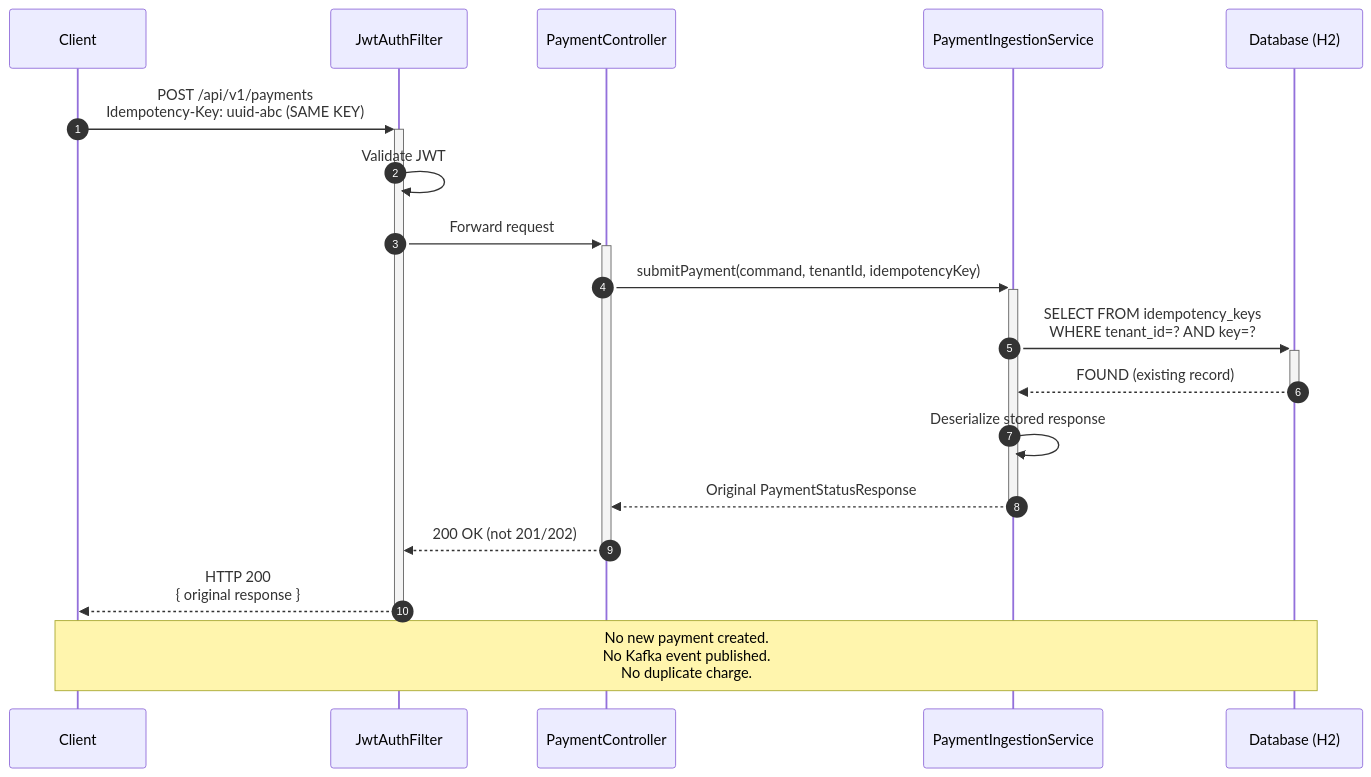
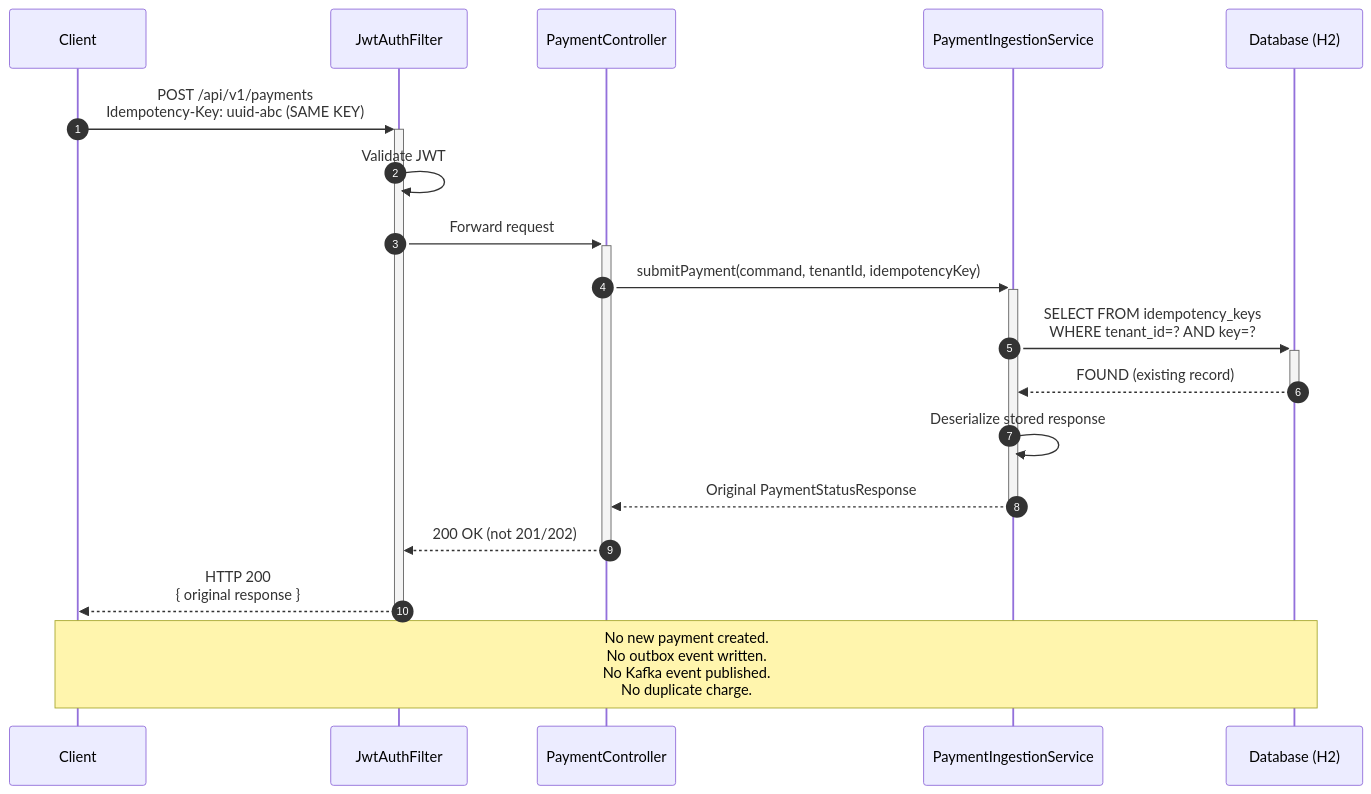
One commit to ltadiko/PaymentGateway changed the second of 8 diagrams in docs/diagrams/sequence-diagrams.md. Above: the diagram before and after it, drawn with Mermaid. The commit also changed other lines of this file and 1 other file, not shown here.

````diff
--- a/docs/diagrams/sequence-diagrams.md
+++ b/docs/diagrams/sequence-diagrams.md
@@ -56,28 +72,28 @@
 ```mermaid
 sequenceDiagram
     autonumber
     participant C as Client
     participant F as JwtAuthFilter
     participant R as PaymentController
     participant S as PaymentIngestionService
     participant DB as Database (H2)
 
     C->>+F: POST /api/v1/payments<br/>Idempotency-Key: uuid-abc (SAME KEY)
 
     F->>F: Validate JWT
     F->>+R: Forward request
 
     R->>+S: submitPayment(command, tenantId, idempotencyKey)
 
     S->>+DB: SELECT FROM idempotency_keys<br/>WHERE tenant_id=? AND key=?
     DB-->>-S: FOUND (existing record)
 
     S->>S: Deserialize stored response
 
     S-->>-R: Original PaymentStatusResponse
 
     R-->>-F: 200 OK (not 201/202)
     F-->>-C: HTTP 200<br/>{ original response }
 
-    Note over C,DB: No new payment created.<br/>No Kafka event published.<br/>No duplicate charge.
+    Note over C,DB: No new payment created.<br/>No outbox event written.<br/>No Kafka event published.<br/>No duplicate charge.
 ```
````
